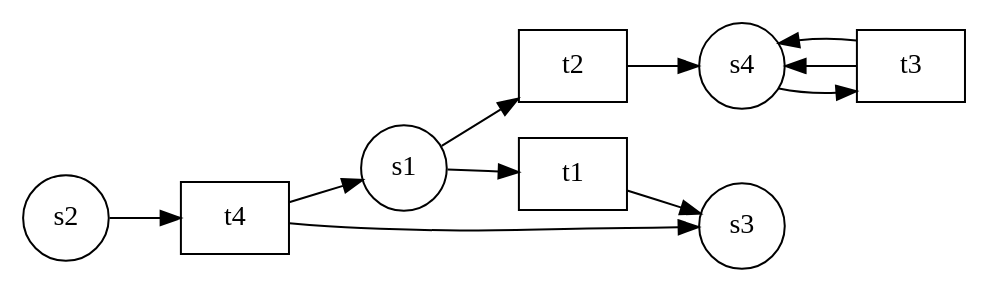
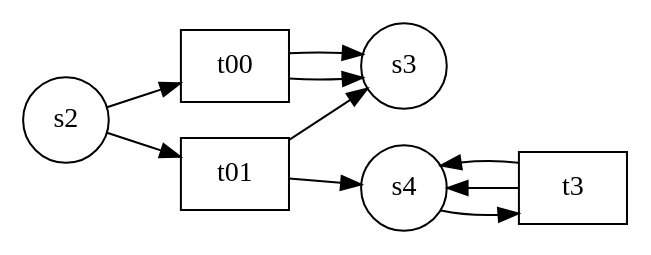
Before and after one commit to dnannen/reduction-of-petri-nets: the diagram in Reduktionsalgorithmen/test.gv, drawn with Graphviz. The commit also changed 2 other files, not shown here.

```diff
--- a/Reduktionsalgorithmen/test.gv
+++ b/Reduktionsalgorithmen/test.gv
@@ -1,22 +1,19 @@
 digraph petrinet{
 node[shape=circle];
 rankdir=LR;
-"s1";
 "s2";
 "s3";
 "s4";
-"t1" [shape=box];
-"t2" [shape=box];
 "t3" [shape=box];
-"t4" [shape=box];
-"s1"->"t1"
-"s1"->"t2"
-"s2"->"t4"
+"t00" [shape=box];
+"t01" [shape=box];
+"s2"->"t00"
+"s2"->"t01"
 "s4"->"t3"
-"t1"->"s3"
-"t2"->"s4"
 "t3"->"s4"
 "t3"->"s4"
-"t4"->"s1"
-"t4"->"s3"
+"t00"->"s3"
+"t00"->"s3"
+"t01"->"s3"
+"t01"->"s4"
 }
```
